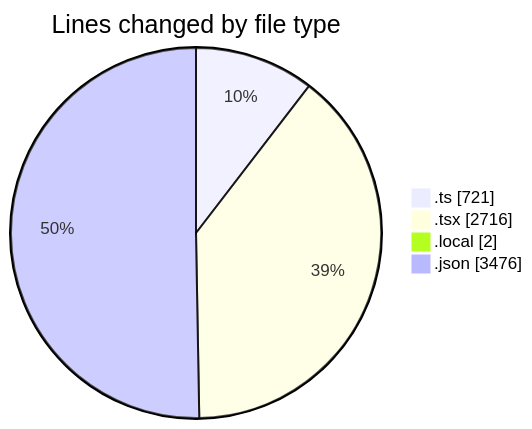
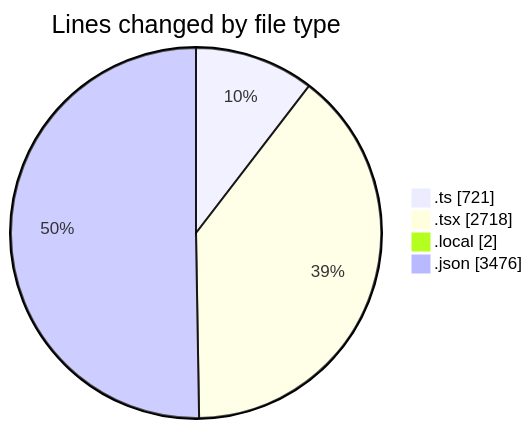
One commit to julien-gomy/code-tracking changed the first of 2 diagrams in 2025-10-28/eventscop-frontend-guide__workspace_/README.md. Above: the diagram before and after it, drawn with Mermaid. The commit also changed other lines of this file and 1 other file, not shown here.

````diff
--- a/2025-10-28/eventscop-frontend-guide__workspace_/README.md
+++ b/2025-10-28/eventscop-frontend-guide__workspace_/README.md
@@ -42,8 +42,8 @@
 ```mermaid
 pie showData
 title Lines changed by file type
 ".ts" : 721
-".tsx" : 2716
+".tsx" : 2718
 ".local" : 2
 ".json" : 3476
 ```
````
